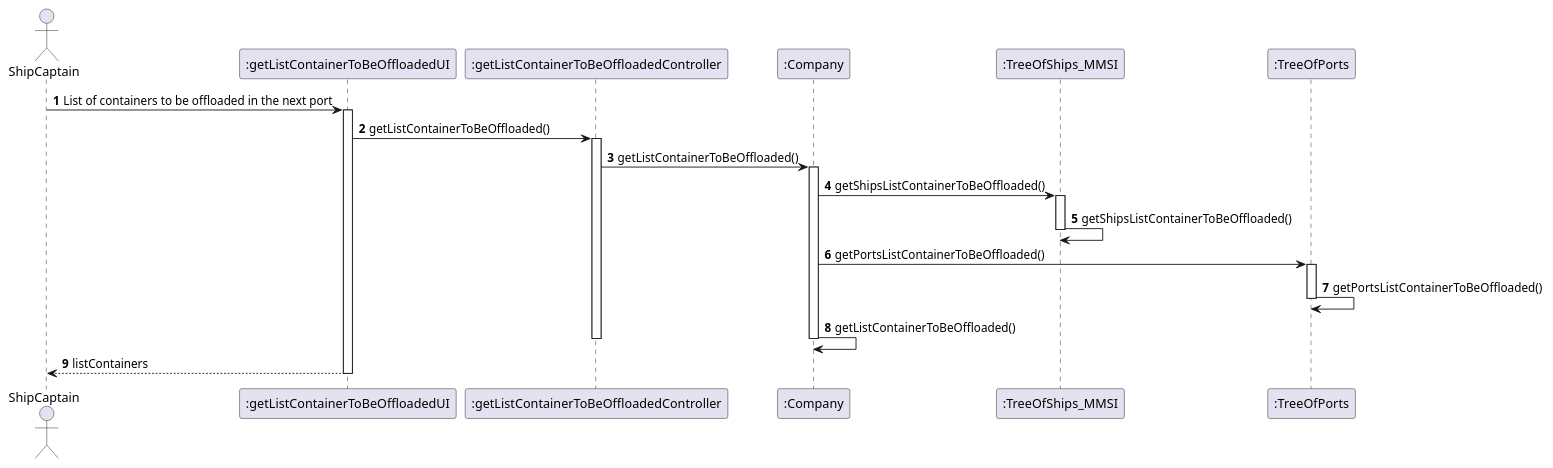
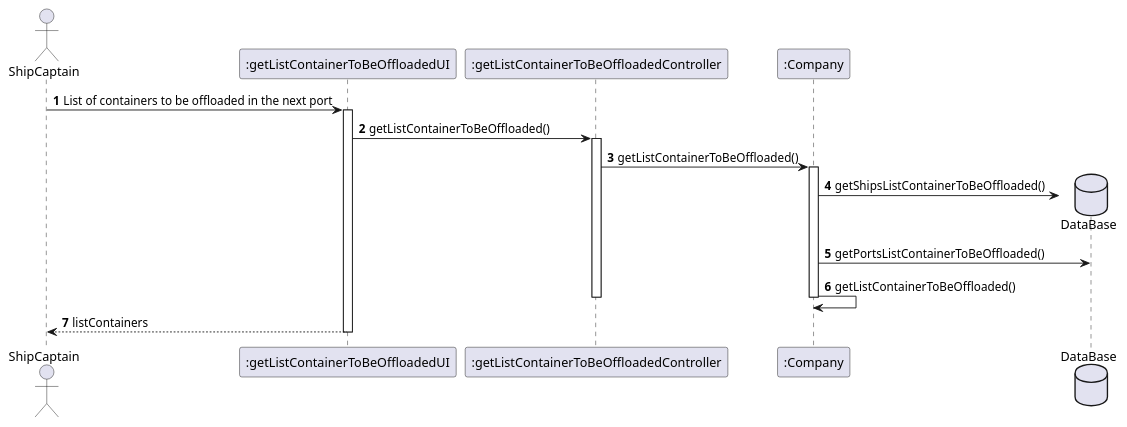
Before and after one commit to LourencoMelo/ISEP-LAPR3-ESINF: the diagram in Docs/Sprint2/US205/SD.puml, drawn with PlantUML. The commit also changed 23 other files, not shown here.

```diff
--- a/Docs/Sprint2/US205/SD.puml
+++ b/Docs/Sprint2/US205/SD.puml
@@ -1,51 +1,38 @@
 @startuml
 
 autonumber
 
 actor       ShipCaptain                as SC
 participant    ":getListContainerToBeOffloadedUI"         as ui
 participant    ":getListContainerToBeOffloadedController" as ctrl
 participant    ":Company"                 as company
-participant    ":TreeOfShips_MMSI"        as mmsi
-participant    ":TreeOfPorts"             as ports
+database       "DataBase"              as db
 
 SC -> ui : List of containers to be offloaded in the next port
 
 activate ui
 
     ui -> ctrl : getListContainerToBeOffloaded()
 
     activate ctrl
 
     ctrl -> company : getListContainerToBeOffloaded()
 
     activate company
 
-    company -> mmsi : getShipsListContainerToBeOffloaded()
+    company -> db** : getShipsListContainerToBeOffloaded()
 
-    activate mmsi
-
-    mmsi -> mmsi : getShipsListContainerToBeOffloaded()
-
-    deactivate mmsi
-
-    company -> ports : getPortsListContainerToBeOffloaded()
-
-    activate ports
-
-    ports -> ports : getPortsListContainerToBeOffloaded()
-
-    deactivate ports
+    company -> db : getPortsListContainerToBeOffloaded()
 
     company -> company : getListContainerToBeOffloaded()
 
     deactivate company
 
     deactivate ctrl
 
 
 ui --> SC : listContainers
 
 deactivate ui
 
 @enduml
```
